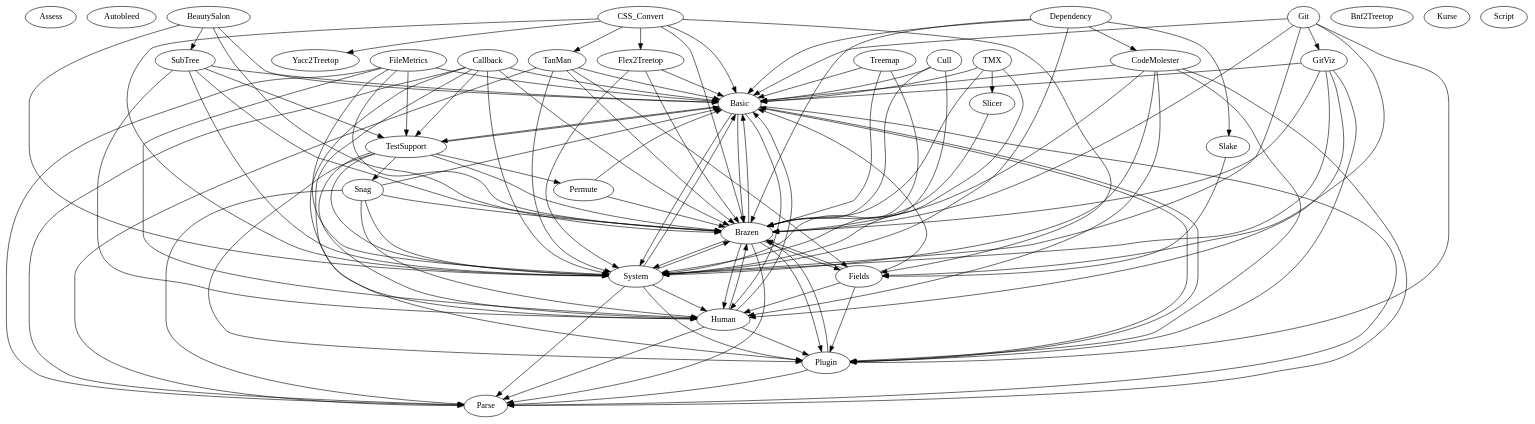
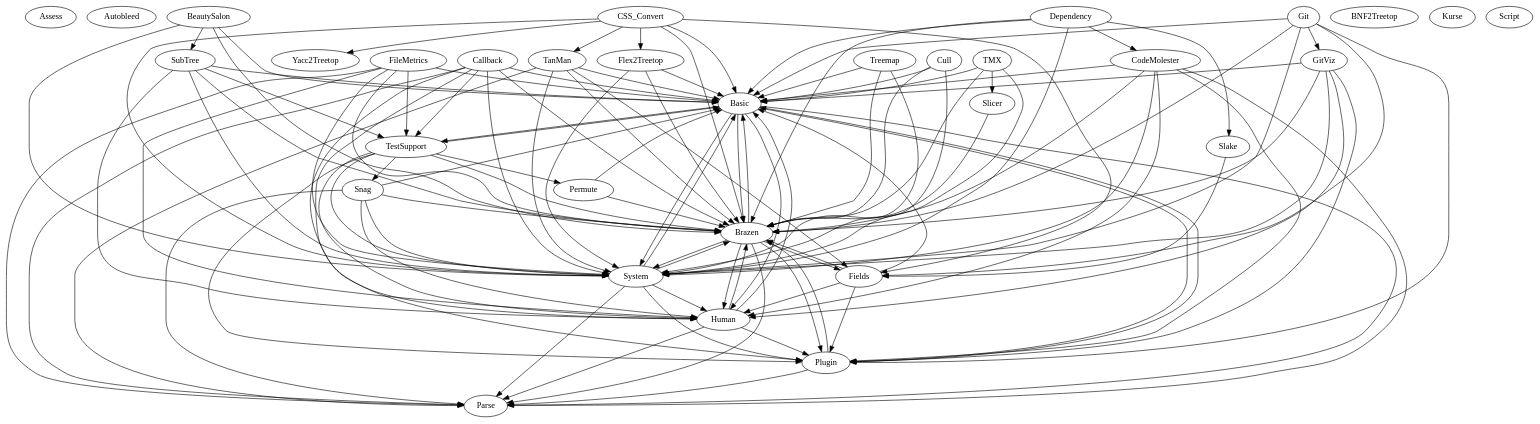
Before and after one commit to hipe/tmx: the diagram in slicer/doc/issues/001-sidesystem-dependency-visualizations/01-use-this-one.dot, drawn with Graphviz. The commit also changed 15 other files, not shown here.

```diff
--- a/slicer/doc/issues/001-sidesystem-dependency-visualizations/01-use-this-one.dot
+++ b/slicer/doc/issues/001-sidesystem-dependency-visualizations/01-use-this-one.dot
@@ -1,147 +1,147 @@
 digraph {
   as [ label="Assess" ]
   au [ label="Autobleed" ]
   ba [ label="Basic" ]
   bs [ label="BeautySalon" ]
-  b2 [ label="Bnf2Treetop" ]
+  b2 [ label="BNF2Treetop" ]
   br [ label="Brazen" ]
   ca [ label="Callback" ]
   cm [ label="CodeMolester" ]
   cs [ label="CSS_Convert" ]
   cu [ label="Cull" ]
   de [ label="Dependency" ]
   fi [ label="Fields" ]
   fm [ label="FileMetrics" ]
   f2 [ label="Flex2Treetop" ]
   gi [ label="Git" ]
   gv [ label="GitViz" ]
   hu [ label="Human" ]
   ku [ label="Kurse" ]
   pa [ label="Parse" ]
   pe [ label="Permute" ]
   pl [ label="Plugin" ]
   sc [ label="Script" ]
   sla [ label="Slake" ]
   sli [ label="Slicer" ]
   sn [ label="Snag" ]
   st [ label="SubTree" ]
   sy [ label="System" ]
   tan [ label="TanMan" ]
   tmx [ label="TMX" ]
   ts [ label="TestSupport" ]
   tr [ label="Treemap" ]
   y2 [ label="Yacc2Treetop" ]
   ba -> br
   ba -> hu
   ba -> pa
   ba -> pl
   ba -> sy
   ba -> ts
   bs -> ba
   bs -> br
   bs -> st
   bs -> sy
   br -> ba
   br -> fi
   br -> hu
   br -> pa
   br -> pl
   br -> sy
   ca -> ba
   ca -> br
   ca -> hu
   ca -> pa
   ca -> pl
   ca -> sy
   ca -> ts
   cm -> ba
   cm -> br
   cm -> hu
   cm -> pa
   cm -> pl
   cm -> sy
   cs -> ba
   cs -> br
   cs -> fi
   cs -> f2
   cs -> sy
   cs -> tan
   cs -> y2
   cu -> ba
   cu -> br
   cu -> sy
   de -> ba
   de -> br
   de -> cm
   de -> sla
   de -> sy
   fi -> ba
   fi -> br
   fi -> hu
   fi -> pl
   fm -> br
   fm -> ba
   fm -> hu
   fm -> pa
   fm -> sy
   fm -> ts
   f2 -> ba
   f2 -> br
   f2 -> sy
   gi -> ba
   gi -> br
   gi -> fi
   gi -> gv
   gi -> pl
   gi -> sy
   gv -> br
   gv -> ba
   gv -> hu
   gv -> pl
   gv -> sy
   hu -> ba
   hu -> br
   hu -> pa
   hu -> pl
   pe -> ba
   pe -> br
   pl -> ba
   pl -> br
   pl -> pa
   sla -> fi
   sli -> br
   sn -> ba
   sn -> br
   sn -> hu
   sn -> pa
   sn -> sy
   st -> ba
   st -> br
   st -> hu
   st -> sy
   st -> ts
   sy -> ba
   sy -> br
   sy -> hu
   sy -> pa
   sy -> pl
   tan -> ba
   tan -> br
   tan -> fi
   tan -> pa
   tan -> sy
   ts -> ba
   ts -> br
   ts -> pe
   ts -> pl
   ts -> sn
   ts -> hu
   ts -> sy
   tmx -> ba
   tmx -> br
   tmx -> sli
   tmx -> sy
   tr -> ba
   tr -> br
   tr -> sy
 }
```
